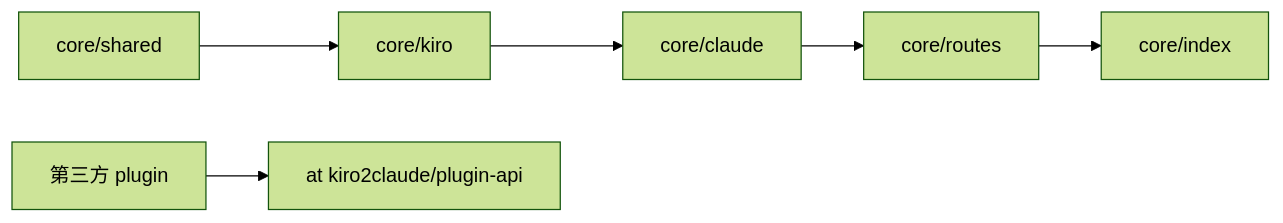
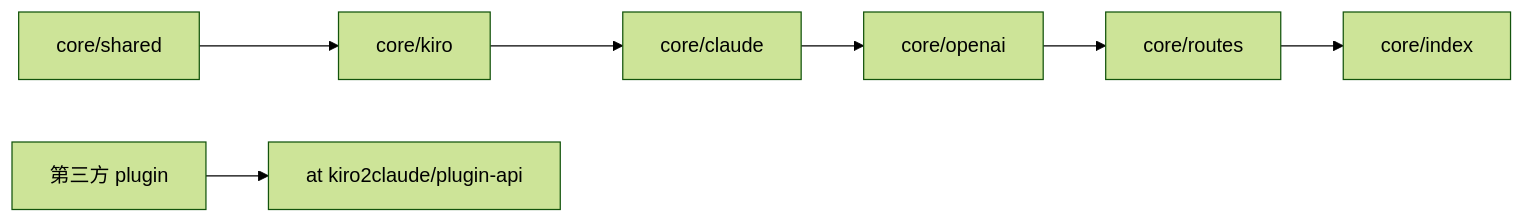
One commit to yupanzi/kiro2claude changed the diagram in CLAUDE.md. Above: the diagram before and after it, drawn with Mermaid (forest theme). The commit also changed other lines of this file and 50 other files, not shown here.

````diff
--- a/CLAUDE.md
+++ b/CLAUDE.md
@@ -70,5 +78,5 @@
 ```mermaid
 flowchart LR
-    shared[core/shared] --> kiro[core/kiro] --> claude[core/claude] --> routes[core/routes] --> index[core/index]
+    shared[core/shared] --> kiro[core/kiro] --> claude[core/claude] --> openai[core/openai] --> routes[core/routes] --> index[core/index]
     plugin[第三方 plugin] --> api[at kiro2claude/plugin-api]
 ```
````
